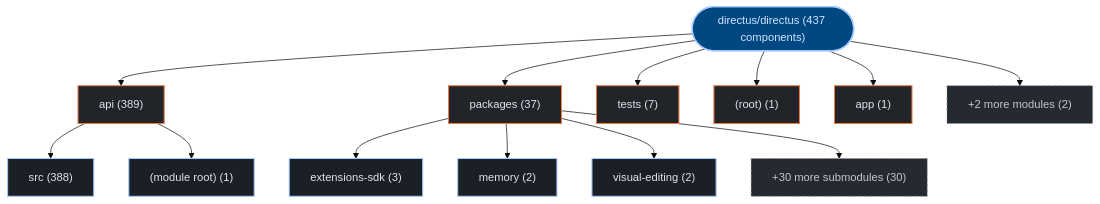
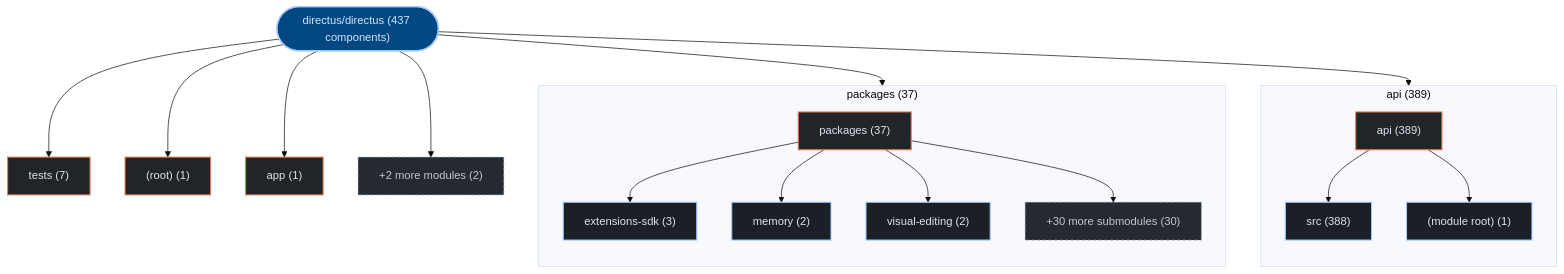
One commit to kumarshaz/atruss-code-atlas changed the first of 3 diagrams in exports/latest/reports/directus-directus-report.md. Above: the diagram before and after it, drawn with Mermaid (base theme). The commit also changed 178 other files, not shown here.

Commit message:
feat(ui,mermaid): upgrade to mermaid v12 + ELK layout, add orgs-summary + pagination, subgraph building blocks, fix tab alignment

````diff
--- a/exports/latest/reports/directus-directus-report.md
+++ b/exports/latest/reports/directus-directus-report.md
@@ -42,35 +42,41 @@
 ```mermaid
 graph TD;
   classDef atlasRoot fill:#004882,stroke:#a3c9ff,stroke-width:2px,color:#d3e4ff
   classDef atlasCategory fill:#212428,stroke:#E87A48,stroke-width:1.5px,color:#dfe3eb
   classDef atlasWorkflow fill:#1b2026,stroke:#a3c9ff,stroke-width:1.5px,color:#dfe3eb
   classDef atlasJob fill:#171c22,stroke:#8d9199,stroke-width:1px,color:#dfe3eb
   classDef atlasTarget fill:#005227,stroke:#8bd99b,stroke-width:1.5px,color:#a7f6b6
   classDef atlasAlert fill:#93000a,stroke:#ffb4ab,stroke-width:1.5px,color:#ffdad6
   classDef atlasMore fill:#252a31,stroke:#8d9199,stroke-dasharray:4 4,color:#c3c6cf
     repo_root(["directus/directus (437 components)"]):::atlasRoot
-    dir_0_api["api (389)"]:::atlasCategory
+    subgraph sg_dir_0_api["api (389)"]
+      direction TB
+      dir_0_api["api (389)"]:::atlasCategory
+      sub_0_0_src["src (388)"]:::atlasWorkflow
+      dir_0_api --> sub_0_0_src
+      sub_0_1__module_root_["(module root) (1)"]:::atlasWorkflow
+      dir_0_api --> sub_0_1__module_root_
+    end
     repo_root --> dir_0_api
-    sub_0_0_src["src (388)"]:::atlasWorkflow
-    dir_0_api --> sub_0_0_src
-    sub_0_1__module_root_["(module root) (1)"]:::atlasWorkflow
-    dir_0_api --> sub_0_1__module_root_
-    dir_1_packages["packages (37)"]:::atlasCategory
+    subgraph sg_dir_1_packages["packages (37)"]
+      direction TB
+      dir_1_packages["packages (37)"]:::atlasCategory
+      sub_1_0_extensions_sdk["extensions-sdk (3)"]:::atlasWorkflow
+      dir_1_packages --> sub_1_0_extensions_sdk
+      sub_1_1_memory["memory (2)"]:::atlasWorkflow
+      dir_1_packages --> sub_1_1_memory
+      sub_1_2_visual_editing["visual-editing (2)"]:::atlasWorkflow
+      dir_1_packages --> sub_1_2_visual_editing
+      sub_1_more["+30 more submodules (30)"]:::atlasMore
+      dir_1_packages --> sub_1_more
+    end
     repo_root --> dir_1_packages
-    sub_1_0_extensions_sdk["extensions-sdk (3)"]:::atlasWorkflow
-    dir_1_packages --> sub_1_0_extensions_sdk
-    sub_1_1_memory["memory (2)"]:::atlasWorkflow
-    dir_1_packages --> sub_1_1_memory
-    sub_1_2_visual_editing["visual-editing (2)"]:::atlasWorkflow
-    dir_1_packages --> sub_1_2_visual_editing
-    sub_1_more["+30 more submodules (30)"]:::atlasMore
-    dir_1_packages --> sub_1_more
     dir_2_tests["tests (7)"]:::atlasCategory
     repo_root --> dir_2_tests
     dir_3__root_["(root) (1)"]:::atlasCategory
     repo_root --> dir_3__root_
     dir_4_app["app (1)"]:::atlasCategory
     repo_root --> dir_4_app
     dir_other_modules["+2 more modules (2)"]:::atlasMore
     repo_root --> dir_other_modules
 ```
````
